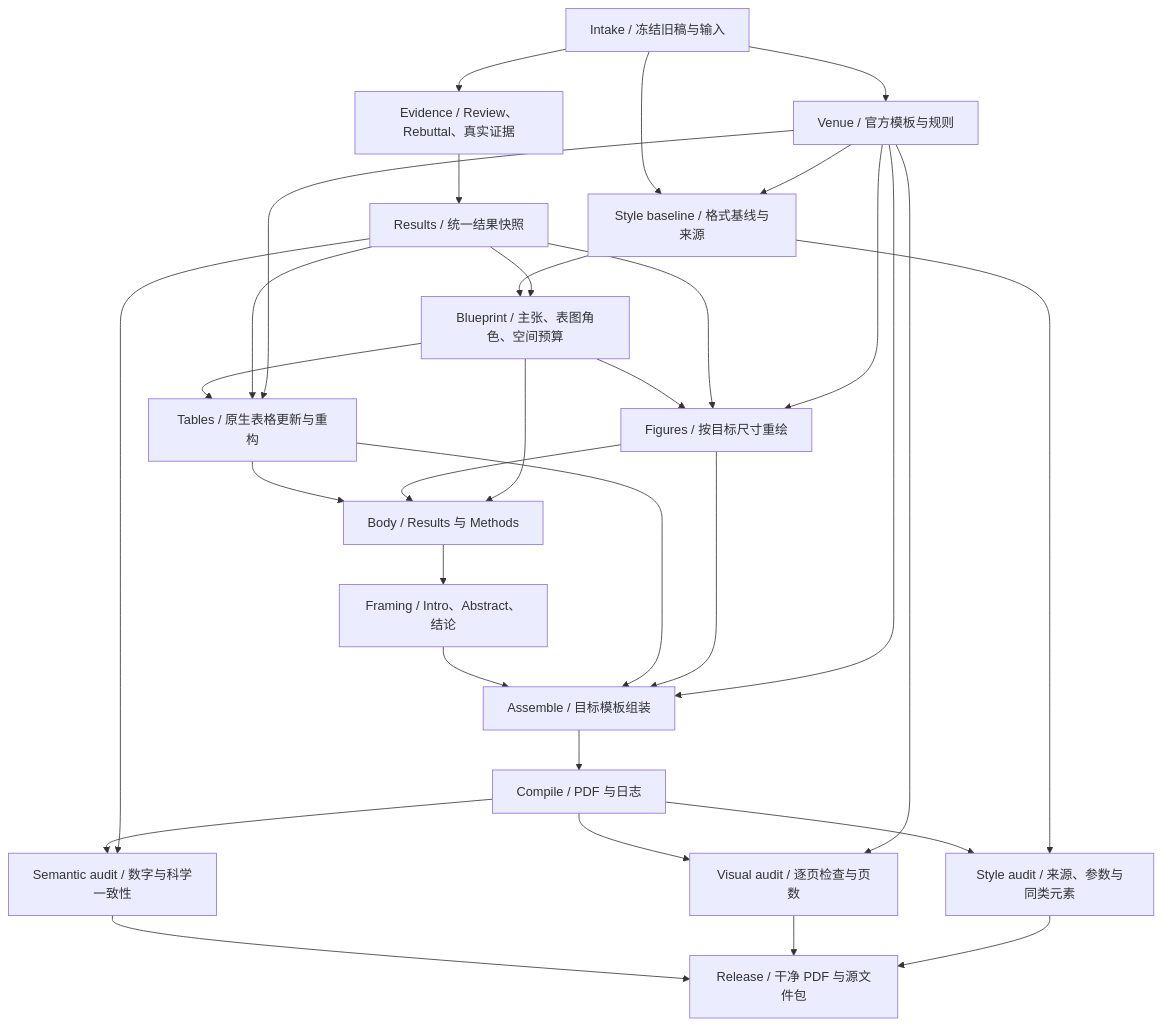
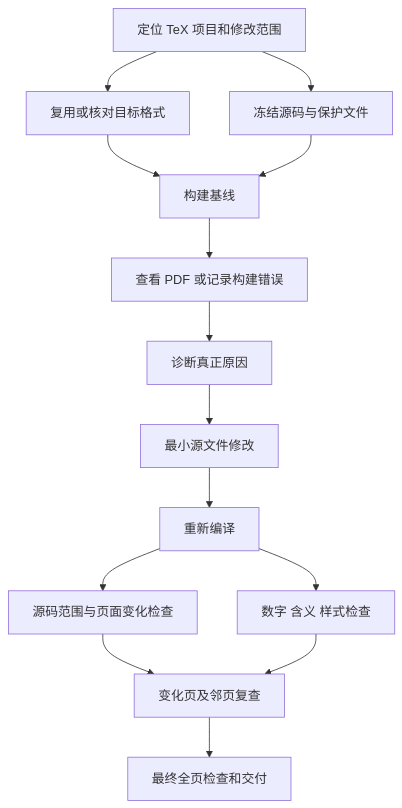
One commit to Yunbo-max/Resubmit changed the diagram in README.md. Above: the diagram before and after it, drawn with Mermaid. The commit also changed other lines of this file and 12 other files, not shown here.

````diff
--- a/README.md
+++ b/README.md
@@ -30,34 +22,16 @@
 ```mermaid
 flowchart TD
-  I[Intake / 冻结旧稿与输入] --> V[Venue / 官方模板与规则]
-  I --> L[Style baseline / 格式基线与来源]
-  V --> L
-  I --> E[Evidence / Review、Rebuttal、真实证据]
-  E --> R[Results / 统一结果快照]
-  L --> B[Blueprint / 主张、表图角色、空间预算]
-  R --> B
-  B --> T[Tables / 原生表格更新与重构]
-  B --> F[Figures / 按目标尺寸重绘]
-  R --> T
-  R --> F
-  V --> T
-  V --> F
-  T --> W[Body / Results 与 Methods]
-  F --> W
-  B --> W
-  W --> H[Framing / Intro、Abstract、结论]
-  H --> A[Assemble / 目标模板组装]
-  T --> A
-  F --> A
-  V --> A
-  A --> C[Compile / PDF 与日志]
-  C --> S[Semantic audit / 数字与科学一致性]
-  R --> S
-  C --> Q[Visual audit / 逐页检查与页数]
-  V --> Q
-  C --> X[Style audit / 来源、参数与同类元素]
-  L --> X
-  S --> P[Release / 干净 PDF 与源文件包]
-  Q --> P
-  X --> P
+  I[定位 TeX 项目和修改范围] --> V[复用或核对目标格式]
+  I --> S[冻结源码与保护文件]
+  V --> B[构建基线]
+  S --> B
+  B --> R[查看 PDF 或记录构建错误]
+  R --> D[诊断真正原因]
+  D --> E[最小源文件修改]
+  E --> C[重新编译]
+  C --> A[源码范围与页面变化检查]
+  C --> M[数字 含义 样式检查]
+  A --> Q[变化页及邻页复查]
+  M --> Q
+  Q --> F[最终全页检查和交付]
 ```
````
